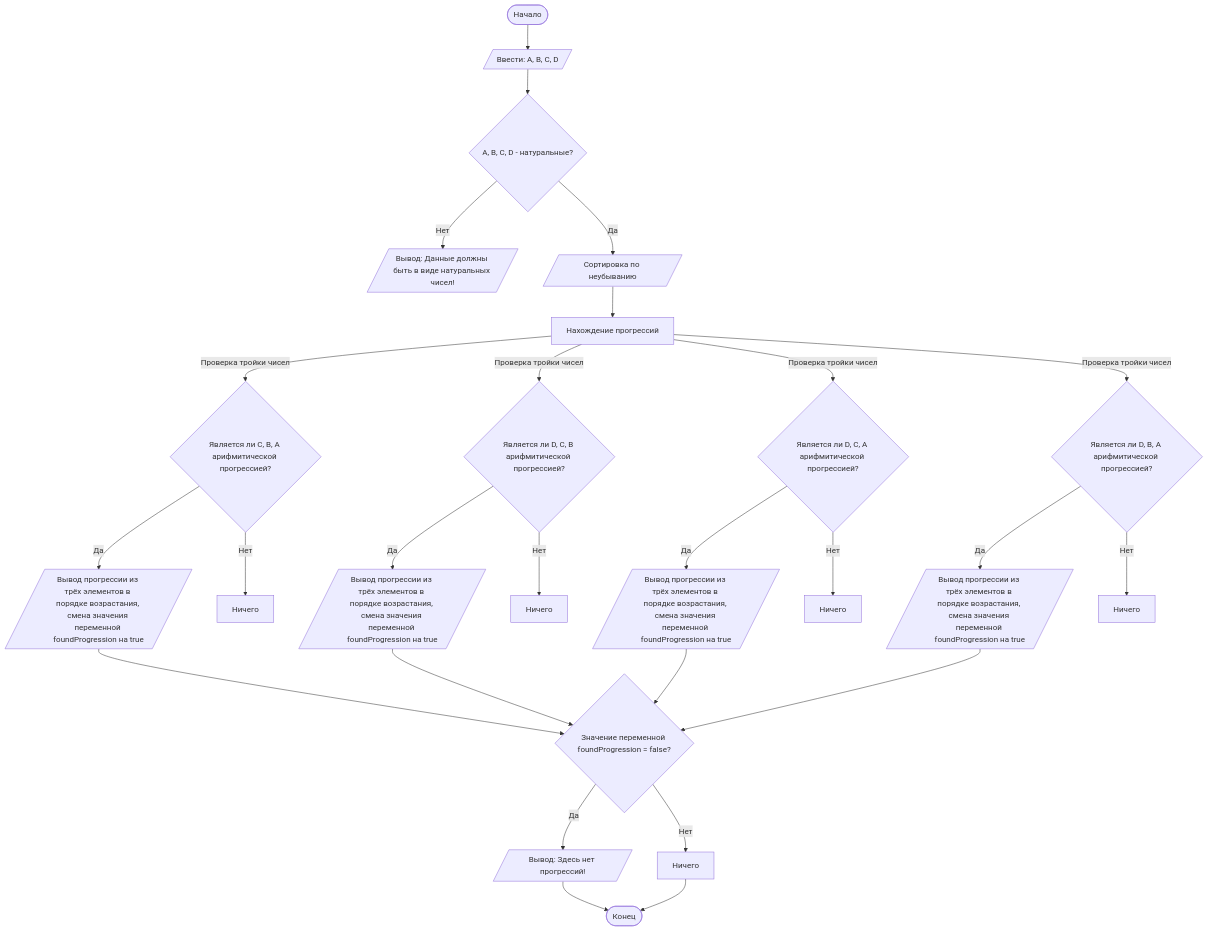
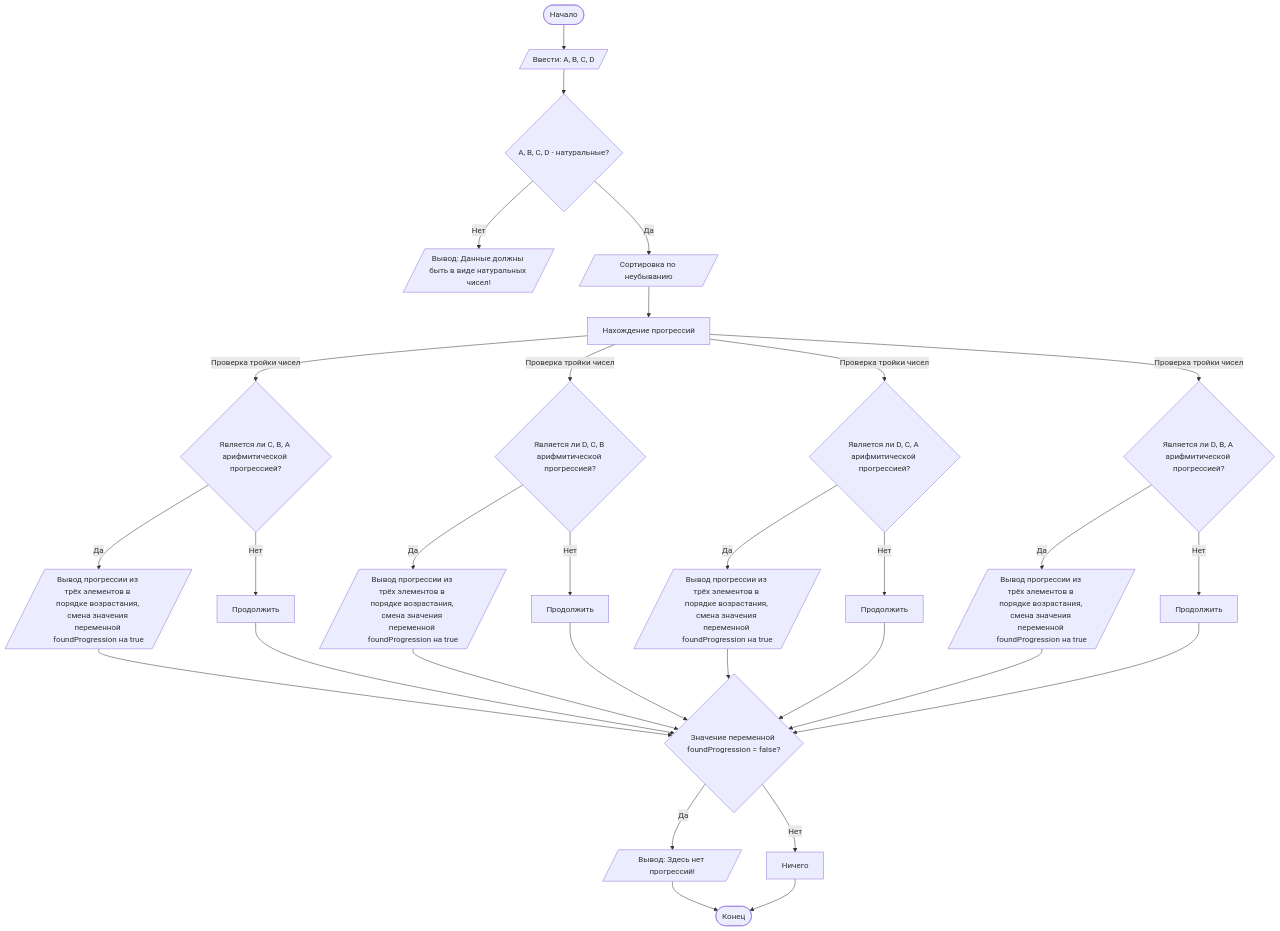
Before and after one commit to Matvey-Kh/Lab1: the diagram in README.md, drawn with Mermaid. The commit also changed other lines of this file and 1 other file, not shown here.

````diff
--- a/README.md
+++ b/README.md
@@ -97,27 +97,31 @@
 ```mermaid
 graph TD
     A([Начало]) --> B[/Ввести: A, B, C, D/]
     B --> C{A, B, C, D - натуральные?}
     C -- Нет --> D[/Вывод: Данные должны быть в виде натуральных чисел!/]
     C -- Да --> X[/Сортировка по неубыванию/]
     X --> L[Нахождение прогрессий]
     L -- Проверка тройки чисел --> H{Является ли C, B, A арифмитической прогрессией?}
     L -- Проверка тройки чисел --> I{Является ли D, C, B арифмитической прогрессией?}
     L -- Проверка тройки чисел --> J{Является ли D, C, A арифмитической прогрессией?}
     L -- Проверка тройки чисел --> K{Является ли D, B, A арифмитической прогрессией?}
     H -- Да --> M1[/Вывод прогрессии из трёх элементов в порядке возрастания, смена значения переменной foundProgression на true/]
-    H -- Нет --> M2[Ничего]
+    H -- Нет --> M2[Продолжить]
     I -- Да --> M3[/Вывод прогрессии из трёх элементов в порядке возрастания, смена значения переменной foundProgression на true/]
-    I -- Нет --> M4[Ничего]
+    I -- Нет --> M4[Продолжить]
     J -- Да --> M5[/Вывод прогрессии из трёх элементов в порядке возрастания, смена значения переменной foundProgression на true/]
-    J -- Нет --> M6[Ничего]
+    J -- Нет --> M6[Продолжить]
     K -- Да --> M7[/Вывод прогрессии из трёх элементов в порядке возрастания, смена значения переменной foundProgression на true/]
-    K -- Нет --> M8[Ничего]
+    K -- Нет --> M8[Продолжить]
+    M2 --> N{Значение переменной foundProgression = false?}
+    M4 --> N{Значение переменной foundProgression = false?}
+    M6 --> N{Значение переменной foundProgression = false?}
+    M8 --> N{Значение переменной foundProgression = false?}
     M1 --> N{Значение переменной foundProgression = false?}
     M3 --> N{Значение переменной foundProgression = false?}
     M5 --> N{Значение переменной foundProgression = false?}
     M7 --> N{Значение переменной foundProgression = false?}
     N -- Да --> O1[/Вывод: Здесь нет прогрессий!/] --> Z([Конец])
     N -- Нет --> O2[Ничего] --> Z([Конец])
 
 ```
````
